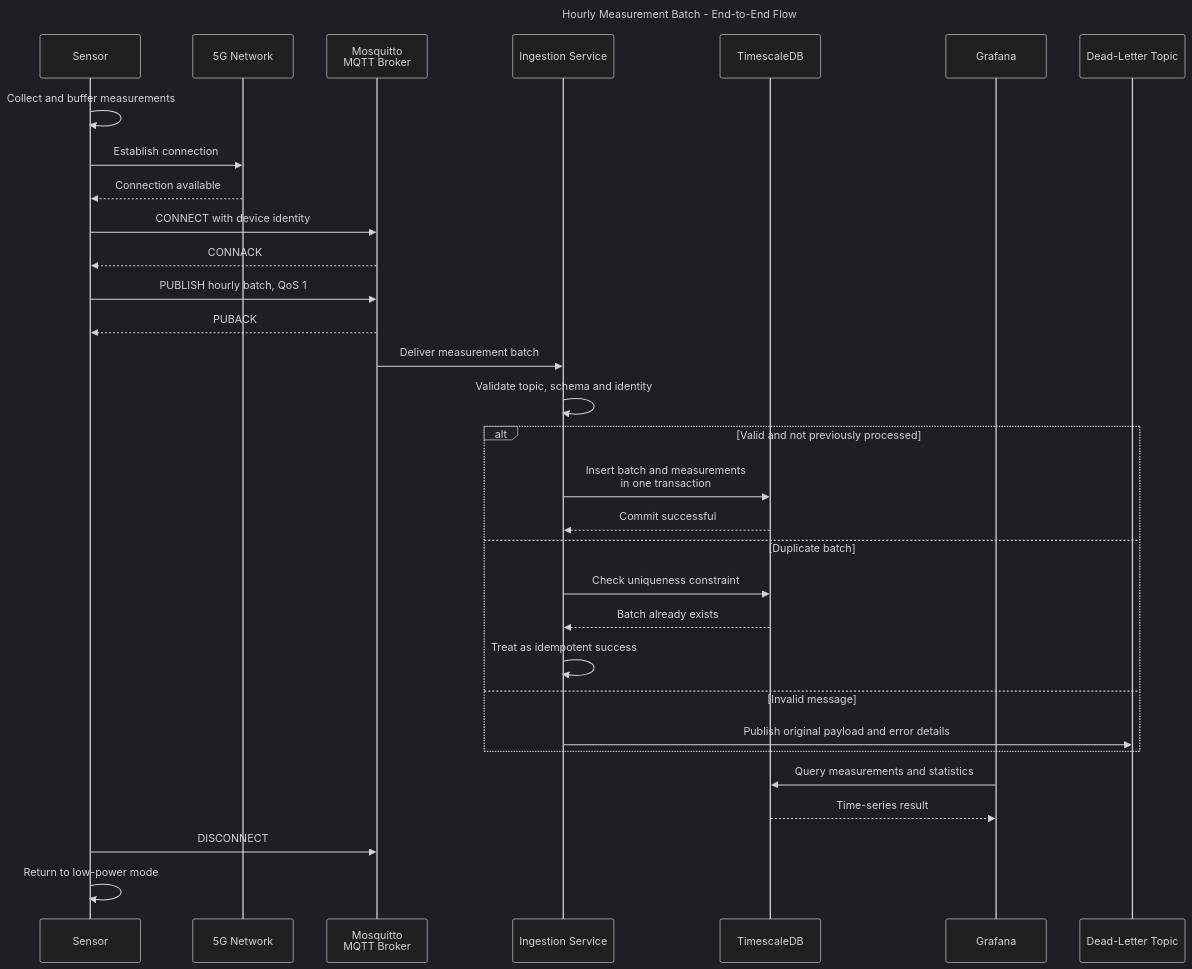
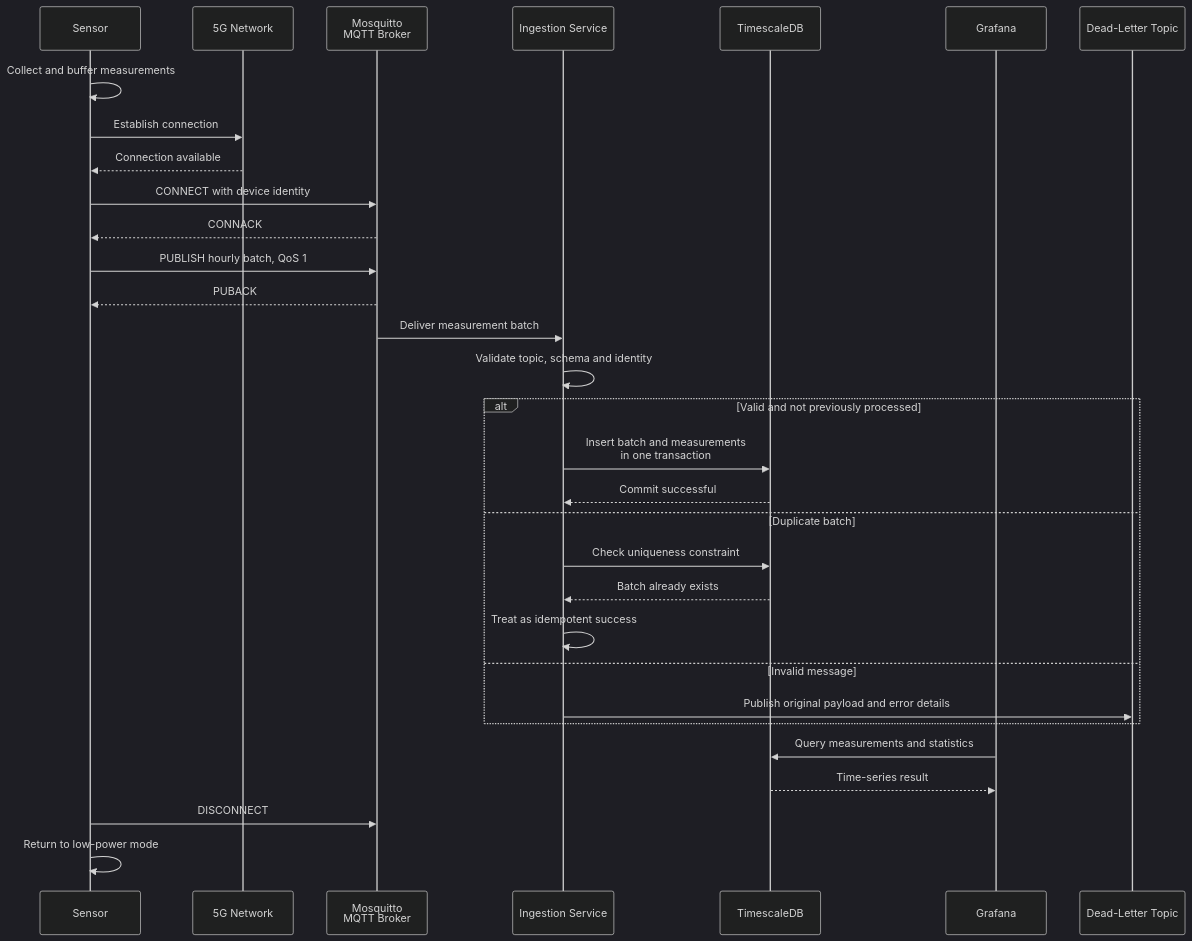
Before and after one commit to Basel-Hackthon-Smart-Trash/smart-trash: the third of 3 diagrams in documentation/Proof_of_Concept_for_the_system_architecture.md, drawn with Mermaid (dark theme). The commit also changed other lines of this file, not shown here.

````diff
--- a/documentation/Proof_of_Concept_for_the_system_architecture.md
+++ b/documentation/Proof_of_Concept_for_the_system_architecture.md
@@ -486,38 +486,37 @@
 ```mermaid
 sequenceDiagram
-    title Hourly Measurement Batch - End-to-End Flow
     participant Sensor
     participant Network as 5G Network
     participant Broker as Mosquitto<br/>MQTT Broker
     participant Processor as Ingestion Service
     participant Database as TimescaleDB
     participant Grafana
     participant DLQ as Dead-Letter Topic
 
     Sensor->>Sensor: Collect and buffer measurements
     Sensor->>Network: Establish connection
     Network-->>Sensor: Connection available
     Sensor->>Broker: CONNECT with device identity
     Broker-->>Sensor: CONNACK
     Sensor->>Broker: PUBLISH hourly batch, QoS 1
     Broker-->>Sensor: PUBACK
     Broker->>Processor: Deliver measurement batch
 
     Processor->>Processor: Validate topic, schema and identity
 
     alt Valid and not previously processed
         Processor->>Database: Insert batch and measurements<br/>in one transaction
         Database-->>Processor: Commit successful
     else Duplicate batch
         Processor->>Database: Check uniqueness constraint
         Database-->>Processor: Batch already exists
         Processor->>Processor: Treat as idempotent success
     else Invalid message
         Processor->>DLQ: Publish original payload and error details
     end
 
     Grafana->>Database: Query measurements and statistics
     Database-->>Grafana: Time-series result
     Sensor->>Broker: DISCONNECT
     Sensor->>Sensor: Return to low-power mode
 ```
````
